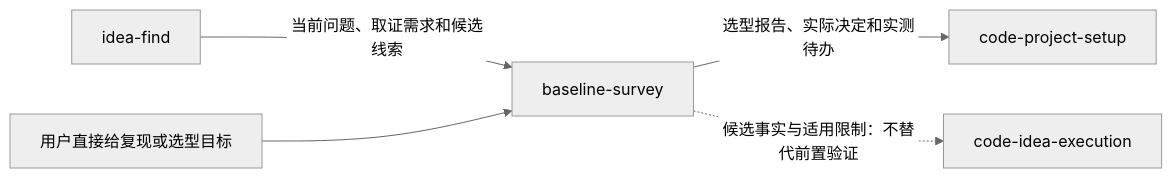
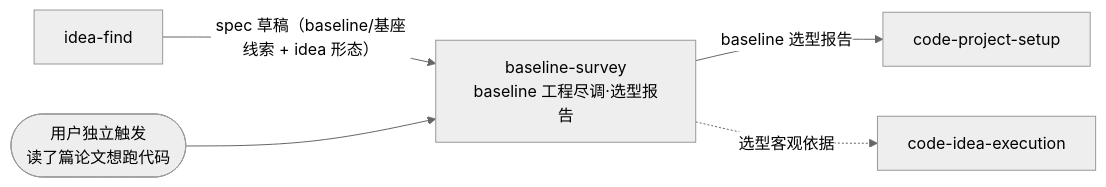
Before and after one commit to jackwang0108/dl-assistant: the first of 2 diagrams in plugins/dl-assistant/skills/baseline-survey/SKILL.md, drawn with Mermaid (neutral theme). The commit also changed other lines of this file and 256 other files, not shown here.

````diff
--- a/plugins/dl-assistant/skills/baseline-survey/SKILL.md
+++ b/plugins/dl-assistant/skills/baseline-survey/SKILL.md
@@ -18,7 +49,8 @@
 ```mermaid
 flowchart LR
-    IF[idea-find] -->|当前问题、取证需求和候选线索| BS[baseline-survey]
-    USER[用户直接给复现或选型目标] --> BS
-    BS -->|选型报告、实际决定和实测待办| CPS[code-project-setup]
-    BS -.->|候选事实与适用限制：不替代前置验证| EX[code-idea-execution]
+    IF[idea-find] -->|spec 草稿（baseline/基座线索 + idea 形态）| BS
+    USER(["用户独立触发<br/>读了篇论文想跑代码"]) --> BS
+    BS["baseline-survey<br/>baseline 工程尽调·选型报告"]
+    BS -->|baseline 选型报告| CPS[code-project-setup]
+    BS -.->|选型客观依据| EX["code-idea-execution"]
 ```
````
